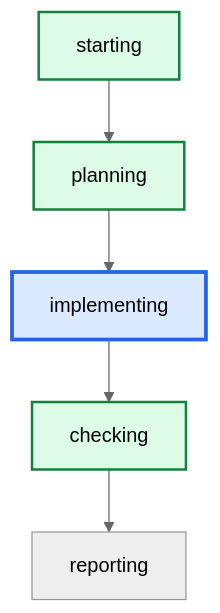
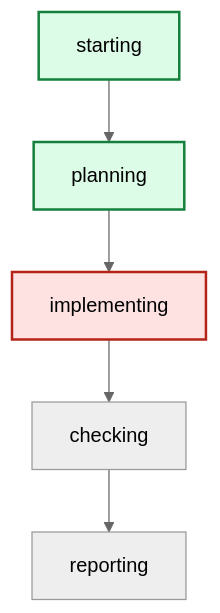
The diagram in latest/graph.mmd (daniell0gda/hermes-feature-check-dashboard), drawn with Mermaid (neutral theme) before and after one commit. The commit also changed 51 other files, not shown here.

```diff
--- a/latest/graph.mmd
+++ b/latest/graph.mmd
@@ -1,13 +1,12 @@
 graph TD
     starting --> planning
     planning --> implementing
     implementing --> checking
     checking --> reporting
 
 classDef done fill:#dcfce7,stroke:#15803d,stroke-width:2px;
 classDef active fill:#dbeafe,stroke:#2563eb,stroke-width:3px;
 classDef failed fill:#fee2e2,stroke:#b42318,stroke-width:2px;
-class implementing active;
-class checking done;
+class implementing failed;
 class starting done;
 class planning done;
```
